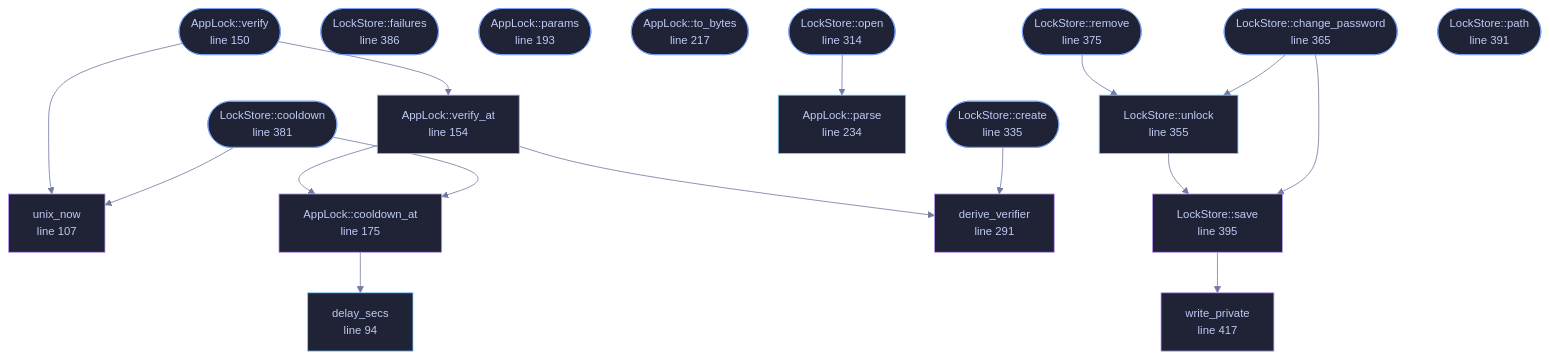
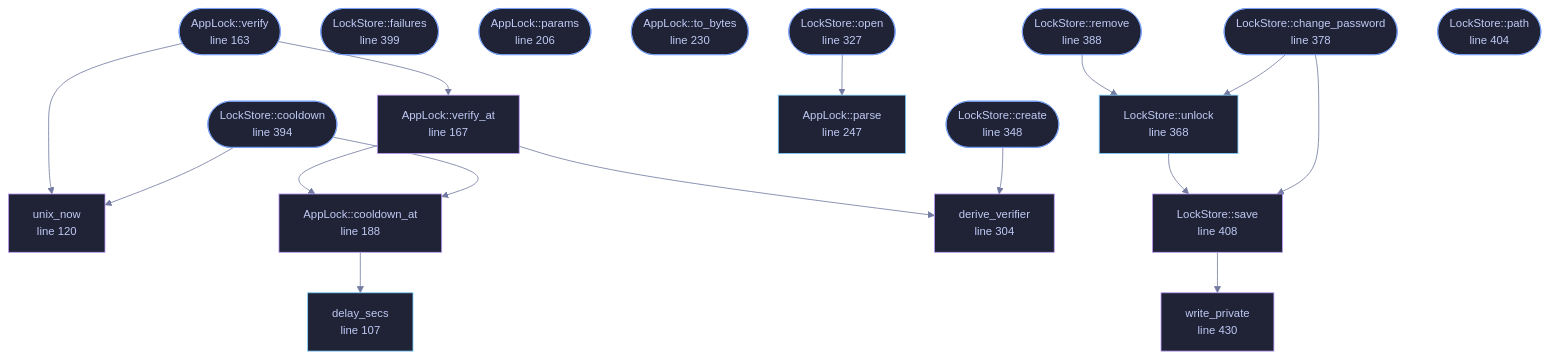
The diagram in docs/files/veilvoice-crypto/lock.md (tilas01/veilvoice), drawn with Mermaid before and after one commit. The commit also changed other lines of this file and 487 other files, not shown here.

````diff
--- a/docs/files/veilvoice-crypto/lock.md
+++ b/docs/files/veilvoice-crypto/lock.md
@@ -133,68 +147,68 @@
 ```mermaid
 %%{init: {"theme":"base","themeVariables":{"background":"#1a1b26","primaryColor":"#1f2335","primaryTextColor":"#c0caf5","primaryBorderColor":"#7aa2f7","secondaryColor":"#16161e","tertiaryColor":"#16161e","lineColor":"#737aa2","textColor":"#c0caf5","mainBkg":"#1f2335","nodeBorder":"#7aa2f7","clusterBkg":"#16161e","clusterBorder":"#2f3549","fontFamily":"ui-monospace, SFMono-Regular, Consolas, monospace","fontSize":"14px"}}}%%
 flowchart TD
-    n_delay_secs["delay_secs<br/>line 94"]
-    n_unix_now["unix_now<br/>line 107"]
-    n_create(["AppLock::create<br/>line 133"])
-    n_verify(["AppLock::verify<br/>line 150"])
-    n_verify_at["AppLock::verify_at<br/>line 154"]
-    n_cooldown(["AppLock::cooldown<br/>line 171"])
-    n_cooldown_at["AppLock::cooldown_at<br/>line 175"]
-    n_failures(["AppLock::failures<br/>line 188"])
-    n_params(["AppLock::params<br/>line 193"])
-    n_to_bytes(["AppLock::to_bytes<br/>line 217"])
-    n_parse["AppLock::parse<br/>line 234"]
-    n_derive_verifier["derive_verifier<br/>line 291"]
-    n_open(["LockStore::open<br/>line 314"])
-    n_create(["LockStore::create<br/>line 335"])
-    n_unlock["LockStore::unlock<br/>line 355"]
-    n_change_password(["LockStore::change_password<br/>line 365"])
-    n_remove(["LockStore::remove<br/>line 375"])
-    n_cooldown(["LockStore::cooldown<br/>line 381"])
-    n_failures(["LockStore::failures<br/>line 386"])
-    n_path(["LockStore::path<br/>line 391"])
-    n_save["LockStore::save<br/>line 395"]
-    n_write_private["write_private<br/>line 417"]
+    n_delay_secs["delay_secs<br/>line 107"]
+    n_unix_now["unix_now<br/>line 120"]
+    n_create(["AppLock::create<br/>line 146"])
+    n_verify(["AppLock::verify<br/>line 163"])
+    n_verify_at["AppLock::verify_at<br/>line 167"]
+    n_cooldown(["AppLock::cooldown<br/>line 184"])
+    n_cooldown_at["AppLock::cooldown_at<br/>line 188"]
+    n_failures(["AppLock::failures<br/>line 201"])
+    n_params(["AppLock::params<br/>line 206"])
+    n_to_bytes(["AppLock::to_bytes<br/>line 230"])
+    n_parse["AppLock::parse<br/>line 247"]
+    n_derive_verifier["derive_verifier<br/>line 304"]
+    n_open(["LockStore::open<br/>line 327"])
+    n_create(["LockStore::create<br/>line 348"])
+    n_unlock["LockStore::unlock<br/>line 368"]
+    n_change_password(["LockStore::change_password<br/>line 378"])
+    n_remove(["LockStore::remove<br/>line 388"])
+    n_cooldown(["LockStore::cooldown<br/>line 394"])
+    n_failures(["LockStore::failures<br/>line 399"])
+    n_path(["LockStore::path<br/>line 404"])
+    n_save["LockStore::save<br/>line 408"]
+    n_write_private["write_private<br/>line 430"]
     n_change_password --> n_save
     n_change_password --> n_unlock
     n_cooldown --> n_cooldown_at
     n_cooldown --> n_unix_now
     n_cooldown_at --> n_delay_secs
     n_create --> n_derive_verifier
     n_open --> n_parse
     n_remove --> n_unlock
     n_save --> n_write_private
     n_unlock --> n_save
     n_verify --> n_unix_now
     n_verify --> n_verify_at
     n_verify_at --> n_cooldown_at
     n_verify_at --> n_derive_verifier
-    click n_delay_secs href "https://github.com/tilas01/veilvoice/blob/main/crates/veilvoice-crypto/src/lock.rs#L94" "open the source"
-    click n_unix_now href "https://github.com/tilas01/veilvoice/blob/main/crates/veilvoice-crypto/src/lock.rs#L107" "open the source"
-    click n_create href "https://github.com/tilas01/veilvoice/blob/main/crates/veilvoice-crypto/src/lock.rs#L133" "open the source"
-    click n_verify href "https://github.com/tilas01/veilvoice/blob/main/crates/veilvoice-crypto/src/lock.rs#L150" "open the source"
-    click n_verify_at href "https://github.com/tilas01/veilvoice/blob/main/crates/veilvoice-crypto/src/lock.rs#L154" "open the source"
-    click n_cooldown href "https://github.com/tilas01/veilvoice/blob/main/crates/veilvoice-crypto/src/lock.rs#L171" "open the source"
-    click n_cooldown_at href "https://github.com/tilas01/veilvoice/blob/main/crates/veilvoice-crypto/src/lock.rs#L175" "open the source"
-    click n_failures href "https://github.com/tilas01/veilvoice/blob/main/crates/veilvoice-crypto/src/lock.rs#L188" "open the source"
-    click n_params href "https://github.com/tilas01/veilvoice/blob/main/crates/veilvoice-crypto/src/lock.rs#L193" "open the source"
-    click n_to_bytes href "https://github.com/tilas01/veilvoice/blob/main/crates/veilvoice-crypto/src/lock.rs#L217" "open the source"
-    click n_parse href "https://github.com/tilas01/veilvoice/blob/main/crates/veilvoice-crypto/src/lock.rs#L234" "open the source"
-    click n_derive_verifier href "https://github.com/tilas01/veilvoice/blob/main/crates/veilvoice-crypto/src/lock.rs#L291" "open the source"
-    click n_open href "https://github.com/tilas01/veilvoice/blob/main/crates/veilvoice-crypto/src/lock.rs#L314" "open the source"
-    click n_create href "https://github.com/tilas01/veilvoice/blob/main/crates/veilvoice-crypto/src/lock.rs#L335" "open the source"
-    click n_unlock href "https://github.com/tilas01/veilvoice/blob/main/crates/veilvoice-crypto/src/lock.rs#L355" "open the source"
-    click n_change_password href "https://github.com/tilas01/veilvoice/blob/main/crates/veilvoice-crypto/src/lock.rs#L365" "open the source"
-    click n_remove href "https://github.com/tilas01/veilvoice/blob/main/crates/veilvoice-crypto/src/lock.rs#L375" "open the source"
-    click n_cooldown href "https://github.com/tilas01/veilvoice/blob/main/crates/veilvoice-crypto/src/lock.rs#L381" "open the source"
-    click n_failures href "https://github.com/tilas01/veilvoice/blob/main/crates/veilvoice-crypto/src/lock.rs#L386" "open the source"
-    click n_path href "https://github.com/tilas01/veilvoice/blob/main/crates/veilvoice-crypto/src/lock.rs#L391" "open the source"
-    click n_save href "https://github.com/tilas01/veilvoice/blob/main/crates/veilvoice-crypto/src/lock.rs#L395" "open the source"
-    click n_write_private href "https://github.com/tilas01/veilvoice/blob/main/crates/veilvoice-crypto/src/lock.rs#L417" "open the source"
+    click n_delay_secs href "https://github.com/tilas01/veilvoice/blob/main/crates/veilvoice-crypto/src/lock.rs#L107" "open the source"
+    click n_unix_now href "https://github.com/tilas01/veilvoice/blob/main/crates/veilvoice-crypto/src/lock.rs#L120" "open the source"
+    click n_create href "https://github.com/tilas01/veilvoice/blob/main/crates/veilvoice-crypto/src/lock.rs#L146" "open the source"
+    click n_verify href "https://github.com/tilas01/veilvoice/blob/main/crates/veilvoice-crypto/src/lock.rs#L163" "open the source"
+    click n_verify_at href "https://github.com/tilas01/veilvoice/blob/main/crates/veilvoice-crypto/src/lock.rs#L167" "open the source"
+    click n_cooldown href "https://github.com/tilas01/veilvoice/blob/main/crates/veilvoice-crypto/src/lock.rs#L184" "open the source"
+    click n_cooldown_at href "https://github.com/tilas01/veilvoice/blob/main/crates/veilvoice-crypto/src/lock.rs#L188" "open the source"
+    click n_failures href "https://github.com/tilas01/veilvoice/blob/main/crates/veilvoice-crypto/src/lock.rs#L201" "open the source"
+    click n_params href "https://github.com/tilas01/veilvoice/blob/main/crates/veilvoice-crypto/src/lock.rs#L206" "open the source"
+    click n_to_bytes href "https://github.com/tilas01/veilvoice/blob/main/crates/veilvoice-crypto/src/lock.rs#L230" "open the source"
+    click n_parse href "https://github.com/tilas01/veilvoice/blob/main/crates/veilvoice-crypto/src/lock.rs#L247" "open the source"
+    click n_derive_verifier href "https://github.com/tilas01/veilvoice/blob/main/crates/veilvoice-crypto/src/lock.rs#L304" "open the source"
+    click n_open href "https://github.com/tilas01/veilvoice/blob/main/crates/veilvoice-crypto/src/lock.rs#L327" "open the source"
+    click n_create href "https://github.com/tilas01/veilvoice/blob/main/crates/veilvoice-crypto/src/lock.rs#L348" "open the source"
+    click n_unlock href "https://github.com/tilas01/veilvoice/blob/main/crates/veilvoice-crypto/src/lock.rs#L368" "open the source"
+    click n_change_password href "https://github.com/tilas01/veilvoice/blob/main/crates/veilvoice-crypto/src/lock.rs#L378" "open the source"
+    click n_remove href "https://github.com/tilas01/veilvoice/blob/main/crates/veilvoice-crypto/src/lock.rs#L388" "open the source"
+    click n_cooldown href "https://github.com/tilas01/veilvoice/blob/main/crates/veilvoice-crypto/src/lock.rs#L394" "open the source"
+    click n_failures href "https://github.com/tilas01/veilvoice/blob/main/crates/veilvoice-crypto/src/lock.rs#L399" "open the source"
+    click n_path href "https://github.com/tilas01/veilvoice/blob/main/crates/veilvoice-crypto/src/lock.rs#L404" "open the source"
+    click n_save href "https://github.com/tilas01/veilvoice/blob/main/crates/veilvoice-crypto/src/lock.rs#L408" "open the source"
+    click n_write_private href "https://github.com/tilas01/veilvoice/blob/main/crates/veilvoice-crypto/src/lock.rs#L430" "open the source"
     classDef entry fill:#1f2335,stroke:#7aa2f7,color:#c0caf5
     class n_create,n_verify,n_cooldown,n_failures,n_params,n_to_bytes,n_open,n_create,n_change_password,n_remove,n_cooldown,n_failures,n_path entry
     classDef api fill:#1f2335,stroke:#7dcfff,color:#c0caf5
     class n_delay_secs,n_parse,n_unlock api
     classDef helper fill:#1f2335,stroke:#bb9af7,color:#c0caf5
     class n_unix_now,n_verify_at,n_cooldown_at,n_derive_verifier,n_save,n_write_private helper
 ```
````
